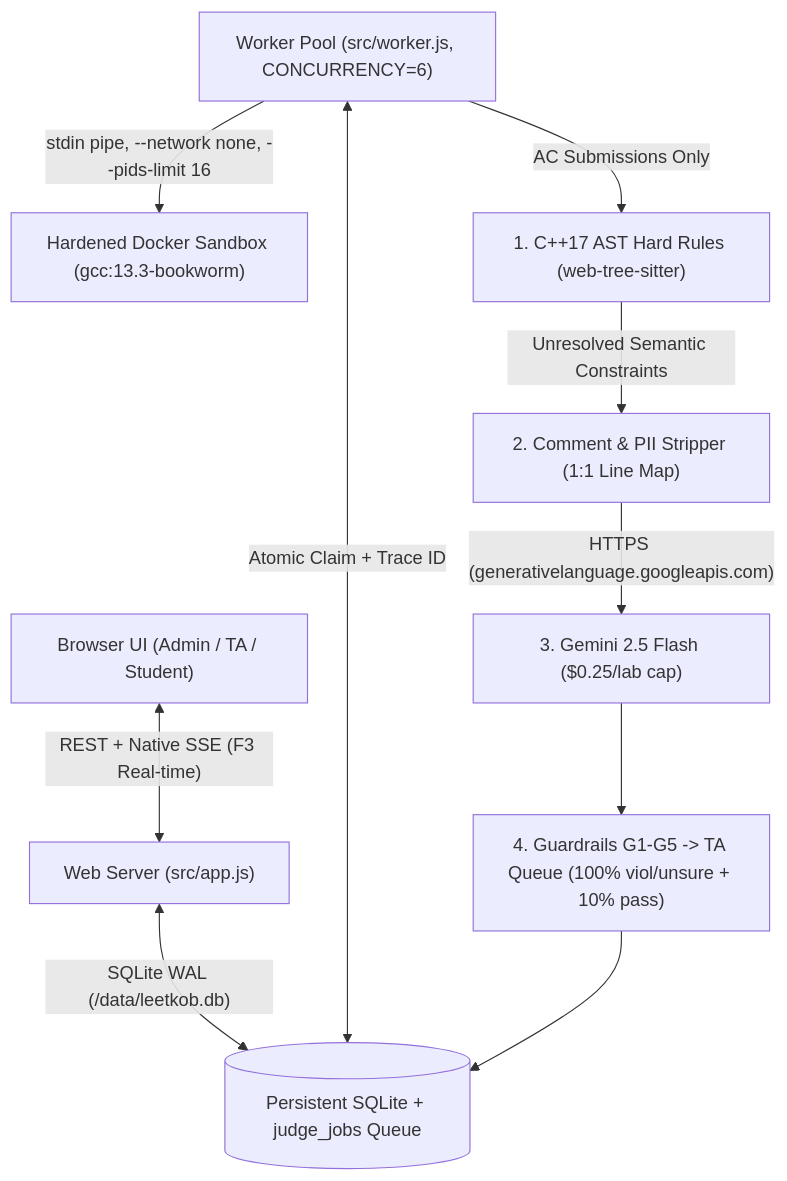
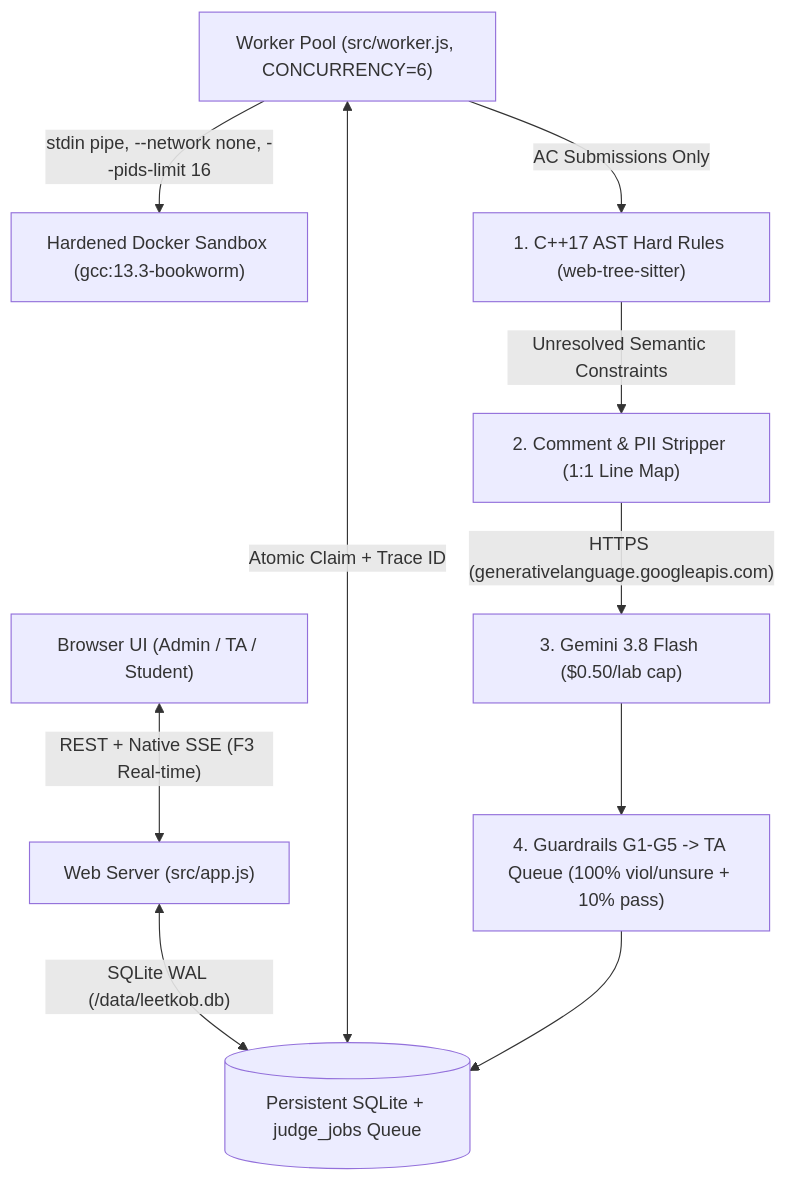
Before and after one commit to danhuupham/leetkob: the second of 2 diagrams in docs/plans/MASTER-PLAN.md, drawn with Mermaid. The commit also changed other lines of this file and 28 other files, not shown here.

Commit message:
refactor(core): modularize app, routes, and SQLite migrations and upgrade to gemini-3.8-flash

````diff
--- a/docs/plans/MASTER-PLAN.md
+++ b/docs/plans/MASTER-PLAN.md
@@ -50,12 +50,12 @@
 ```mermaid
 flowchart TD
     UI["Browser UI (Admin / TA / Student)"] <-->|"REST + Native SSE (F3 Real-time)"| Web["Web Server (src/app.js)"]
     Web <-->|"SQLite WAL (/data/leetkob.db)"| DB[("Persistent SQLite + judge_jobs Queue")]
     Worker["Worker Pool (src/worker.js, CONCURRENCY=6)"] <-->|"Atomic Claim + Trace ID"| DB
     Worker -->|"stdin pipe, --network none, --pids-limit 16"| Sandbox["Hardened Docker Sandbox (gcc:13.3-bookworm)"]
     Worker -->|"AC Submissions Only"| AST["1. C++17 AST Hard Rules (web-tree-sitter)"]
     AST -->|"Unresolved Semantic Constraints"| San["2. Comment & PII Stripper (1:1 Line Map)"]
-    San -->|"HTTPS (generativelanguage.googleapis.com)"| LLM["3. Gemini 2.5 Flash ($0.25/lab cap)"]
+    San -->|"HTTPS (generativelanguage.googleapis.com)"| LLM["3. Gemini 3.8 Flash ($0.50/lab cap)"]
     LLM --> Guard["4. Guardrails G1-G5 -> TA Queue (100% viol/unsure + 10% pass)"]
     Guard --> DB
 ```
````
